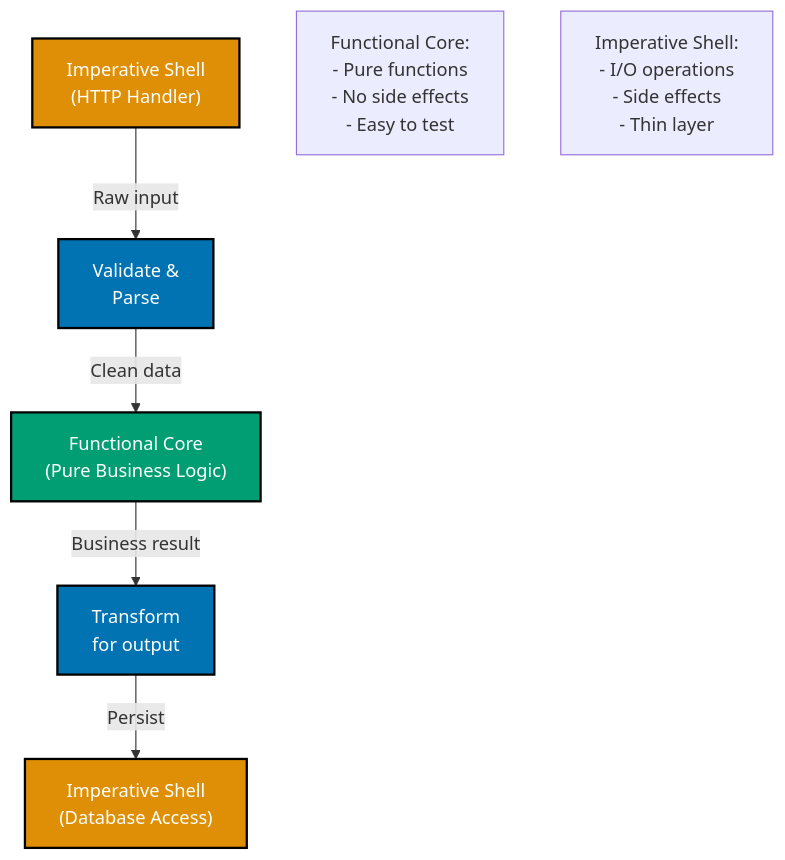
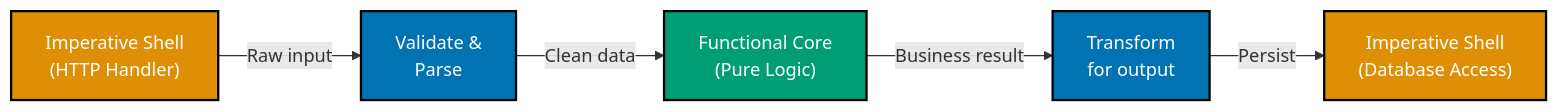
The second of 3 diagrams in docs/explanation/software-engineering/programming-languages/typescript/functional-programming.md (wahidyankf/ose-primer), drawn with Mermaid before and after one commit. The commit also changed other lines of this file and 16 other files, not shown here.

Commit message:
fix(docs): fix mermaid violations in typescript/ docs (batch 1/10)

````diff
--- a/docs/explanation/software-engineering/programming-languages/typescript/functional-programming.md
+++ b/docs/explanation/software-engineering/programming-languages/typescript/functional-programming.md
@@ -125,19 +124,18 @@
 ```mermaid
 %% Color Palette: Blue #0173B2, Orange #DE8F05, Teal #029E73, Purple #CC78BC, Brown #CA9161
-graph TD
-    Shell1["Imperative Shell<br/>#40;HTTP Handler#41;"]:::orange
-    Core["Functional Core<br/>#40;Pure Business Logic#41;"]:::teal
-    Shell2["Imperative Shell<br/>#40;Database Access#41;"]:::orange
+graph LR
+    Shell1["Imperative Shell<br/>(HTTP Handler)"]:::orange
+    Validation["Validate &<br/>Parse"]:::blue
+    Core["Functional Core<br/>(Pure Logic)"]:::teal
+    Transform["Transform<br/>for output"]:::blue
+    Shell2["Imperative Shell<br/>(Database Access)"]:::orange
 
-    Shell1 -->|Raw input| Validation["Validate &<br/>Parse"]:::blue
+    Shell1 -->|Raw input| Validation
     Validation -->|Clean data| Core
-    Core -->|Business result| Transform["Transform<br/>for output"]:::blue
+    Core -->|Business result| Transform
     Transform -->|Persist| Shell2
-
-    Note1["Functional Core:<br/>- Pure functions<br/>- No side effects<br/>- Easy to test"]
-    Note2["Imperative Shell:<br/>- I/O operations<br/>- Side effects<br/>- Thin layer"]
 
     classDef blue fill:#0173B2,stroke:#000000,color:#FFFFFF,stroke-width:2px
     classDef orange fill:#DE8F05,stroke:#000000,color:#FFFFFF,stroke-width:2px
     classDef teal fill:#029E73,stroke:#000000,color:#FFFFFF,stroke-width:2px
 ```
````
